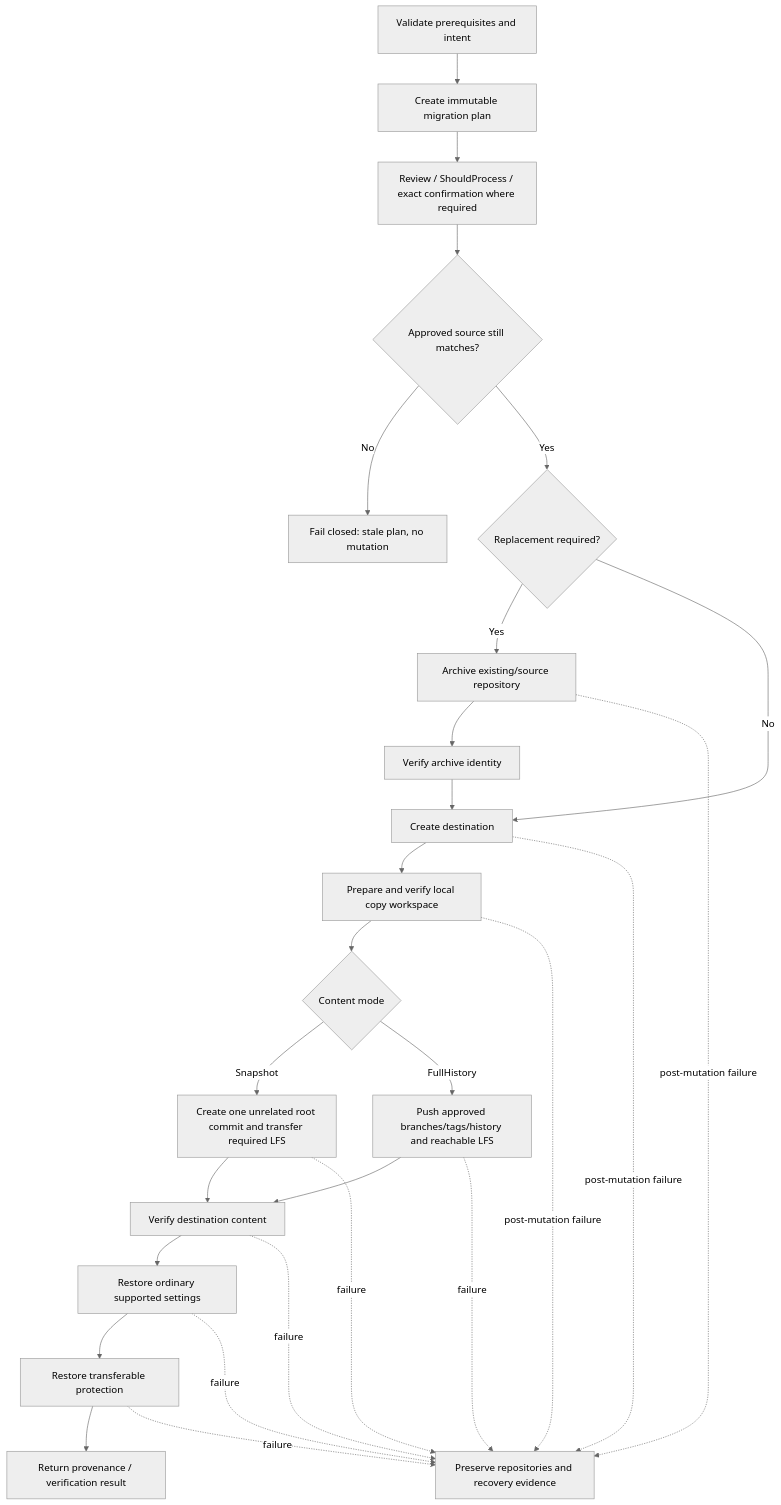
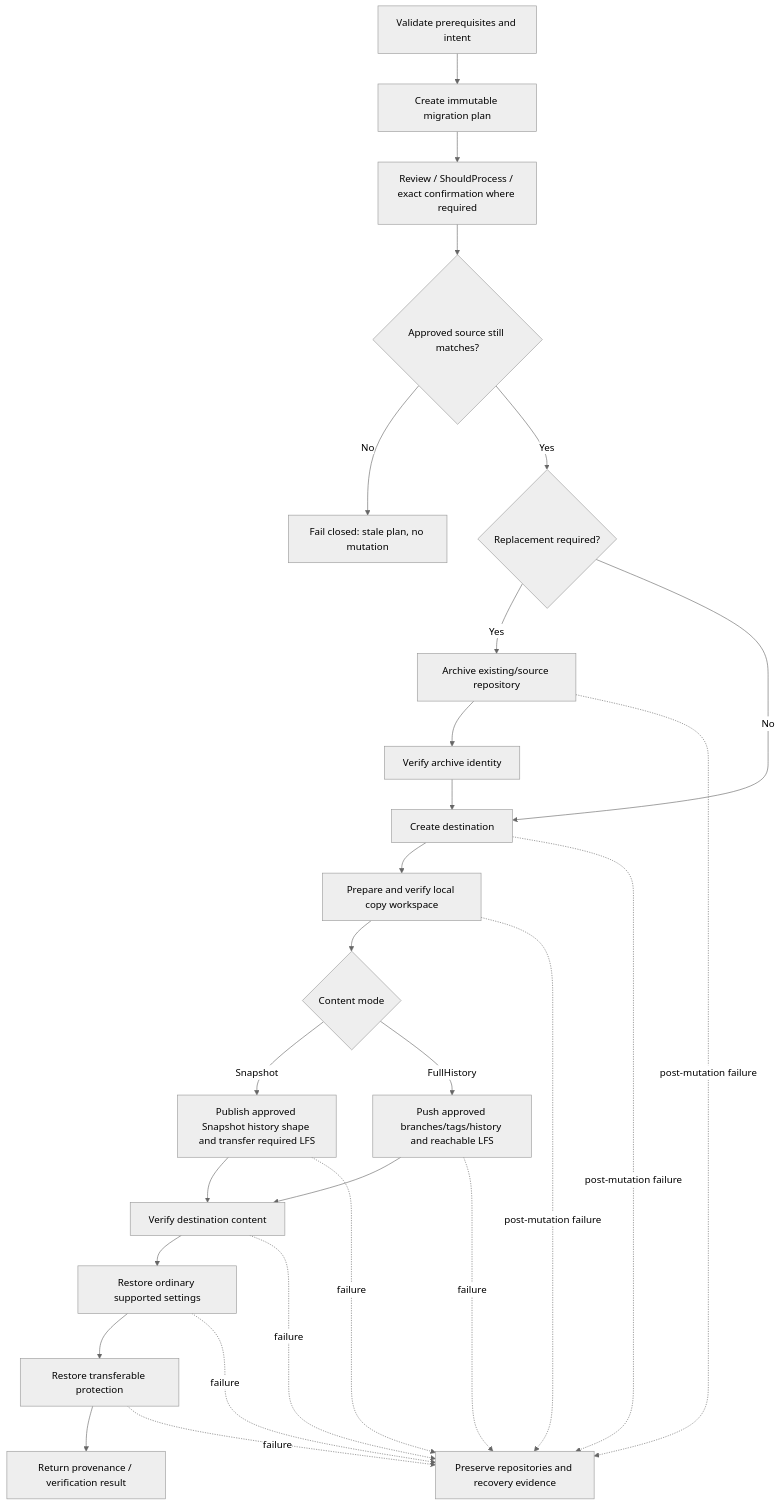
One commit to infoconex/copy-github-repo changed the second of 3 diagrams in docs/product/architecture.md. Above: the diagram before and after it, drawn with Mermaid (neutral theme). The commit also changed other lines of this file, not shown here.

Commit message:
Reference Snapshot checkpoint contract from architecture

````diff
--- a/docs/product/architecture.md
+++ b/docs/product/architecture.md
@@ -87,30 +87,30 @@
 ```mermaid
 flowchart TD
     A[Validate prerequisites and intent] --> B[Create immutable migration plan]
     B --> C[Review / ShouldProcess / exact confirmation where required]
     C --> D{Approved source still matches?}
     D -- No --> X[Fail closed: stale plan, no mutation]
     D -- Yes --> E{Replacement required?}
     E -- Yes --> F[Archive existing/source repository]
     F --> G[Verify archive identity]
     E -- No --> H[Create destination]
     G --> H
     H --> I[Prepare and verify local copy workspace]
     I --> J{Content mode}
-    J -- Snapshot --> K[Create one unrelated root commit and transfer required LFS]
+    J -- Snapshot --> K[Publish approved Snapshot history shape and transfer required LFS]
     J -- FullHistory --> L[Push approved branches/tags/history and reachable LFS]
     K --> M[Verify destination content]
     L --> M
     M --> N[Restore ordinary supported settings]
     N --> O[Restore transferable protection]
     O --> P[Return provenance / verification result]
 
     F -. post-mutation failure .-> R[Preserve repositories and recovery evidence]
     H -. post-mutation failure .-> R
     I -. post-mutation failure .-> R
     K -. failure .-> R
     L -. failure .-> R
     M -. failure .-> R
     N -. failure .-> R
     O -. failure .-> R
 ```
````
